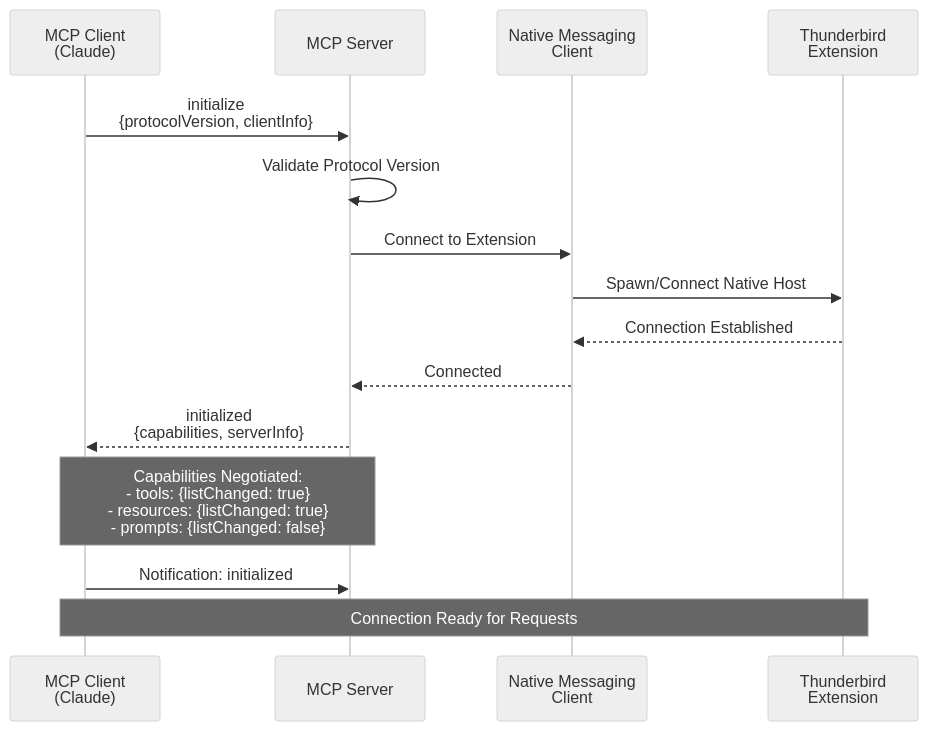
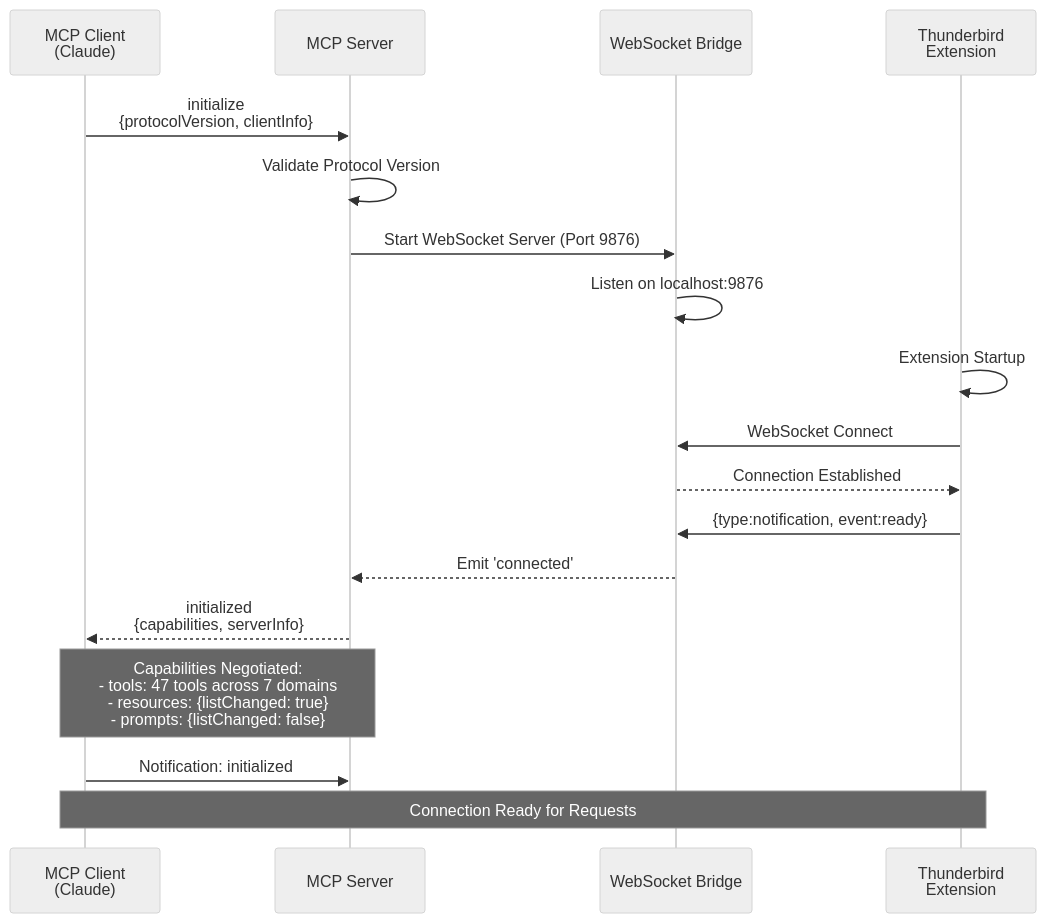
One commit to assistance-micro-design/zileo-mcp-thunderbird changed the first of 10 diagrams in docs/architecture/data-flow.md. Above: the diagram before and after it, drawn with Mermaid (neutral theme). The commit also changed other lines of this file and 7 other files, not shown here.

````diff
--- a/docs/architecture/data-flow.md
+++ b/docs/architecture/data-flow.md
@@ -13,22 +13,26 @@
 ```mermaid
 sequenceDiagram
     participant Client as MCP Client<br/>(Claude)
     participant Server as MCP Server
-    participant NM as Native Messaging<br/>Client
+    participant Bridge as WebSocket Bridge
     participant Ext as Thunderbird<br/>Extension
 
     Client->>Server: initialize<br/>{protocolVersion, clientInfo}
     Server->>Server: Validate Protocol Version
-    Server->>NM: Connect to Extension
-    NM->>Ext: Spawn/Connect Native Host
-    Ext-->>NM: Connection Established
-    NM-->>Server: Connected
+    Server->>Bridge: Start WebSocket Server (Port 9876)
+    Bridge->>Bridge: Listen on localhost:9876
+
+    Ext->>Ext: Extension Startup
+    Ext->>Bridge: WebSocket Connect
+    Bridge-->>Ext: Connection Established
+    Ext->>Bridge: {type:notification, event:ready}
+    Bridge-->>Server: Emit 'connected'
 
     Server-->>Client: initialized<br/>{capabilities, serverInfo}
 
-    Note over Client,Server: Capabilities Negotiated:<br/>- tools: {listChanged: true}<br/>- resources: {listChanged: true}<br/>- prompts: {listChanged: false}
+    Note over Client,Server: Capabilities Negotiated:<br/>- tools: 47 tools across 7 domains<br/>- resources: {listChanged: true}<br/>- prompts: {listChanged: false}
 
     Client->>Server: Notification: initialized
 
     Note over Client,Ext: Connection Ready for Requests
 ```
````
